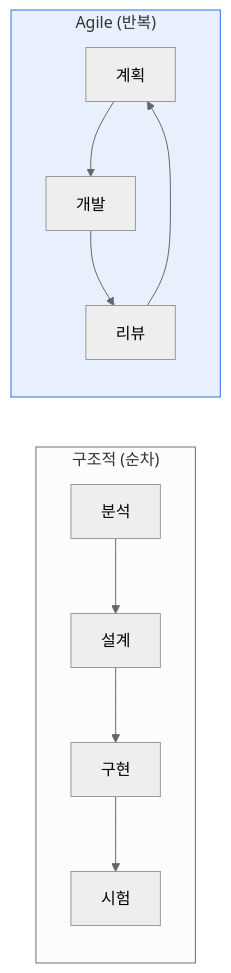
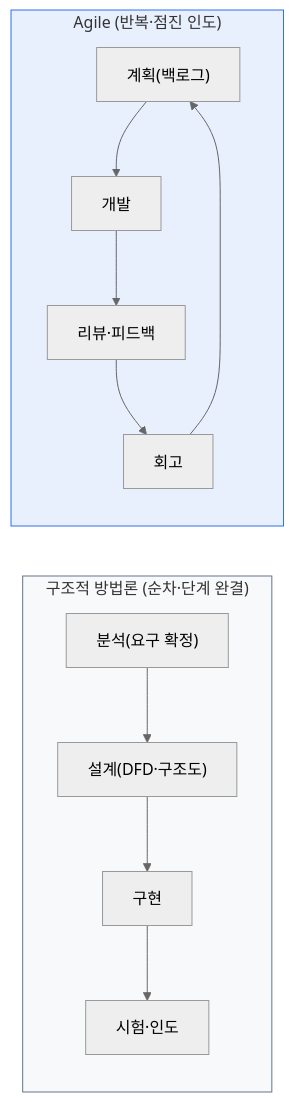
The first of 2 diagrams in content/agile-scrum-kanban.md (coninggu/wjdqhrhksflrltnftk), drawn with Mermaid (neutral theme) before and after one commit. The commit also changed other lines of this file and 3 other files, not shown here.

First line of the commit message:
Deepen 구조적 방법론과 Agile(Scrum·Kanban), 대규모 공공 차세대 시스템 오픈 후 문제와 대책 (auto)

````diff
--- a/content/agile-scrum-kanban.md
+++ b/content/agile-scrum-kanban.md
@@ -15,10 +23,11 @@
 ```mermaid
 flowchart LR
-  subgraph S["구조적 (순차)"]
-    S1[분석] --> S2[설계] --> S3[구현] --> S4[시험]
+  subgraph S["구조적 방법론 (순차·단계 완결)"]
+    S1["분석(요구 확정)"] --> S2["설계(DFD·구조도)"] --> S3["구현"] --> S4["시험·인도"]
   end
-  subgraph A["Agile (반복)"]
-    A1[계획] --> A2[개발] --> A3[리뷰] --> A1
+  subgraph A["Agile (반복·점진 인도)"]
+    A1["계획(백로그)"] --> A2["개발"] --> A3["리뷰·피드백"] --> A4["회고"] --> A1
   end
   style A fill:#e8f0fe,stroke:#2f6fed
+  style S fill:#f8f9fb,stroke:#64748b
 ```
````
